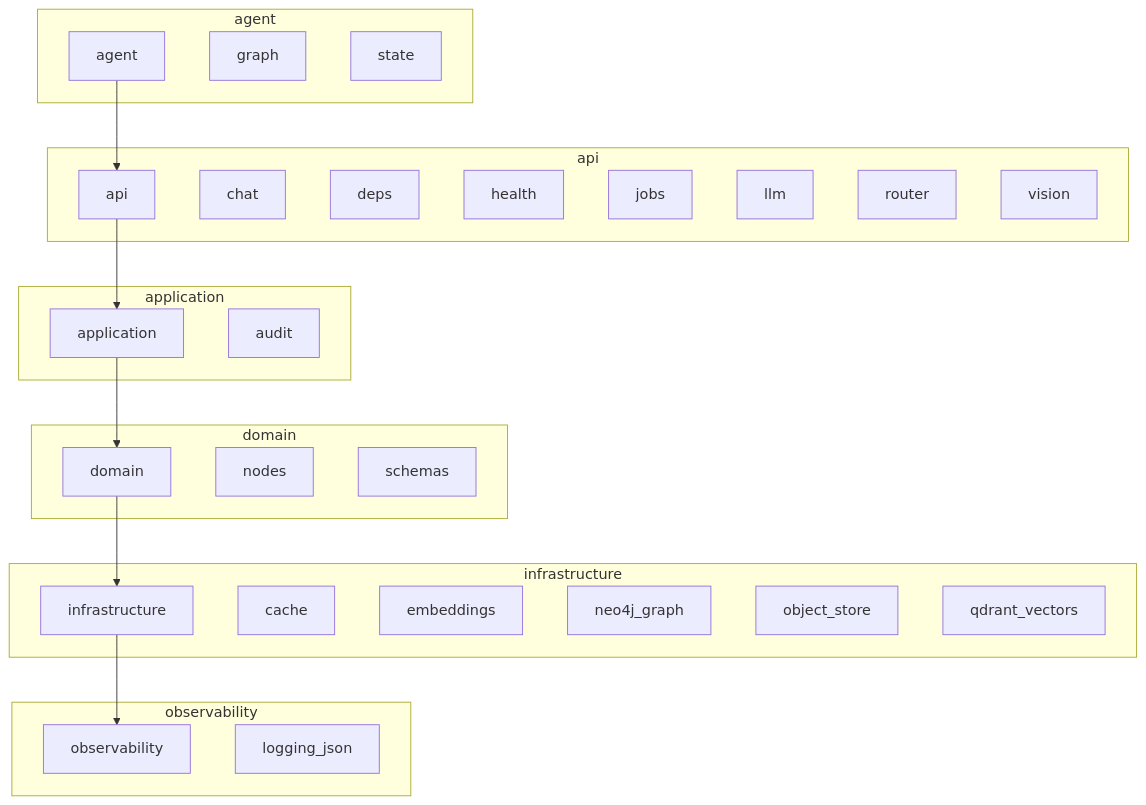
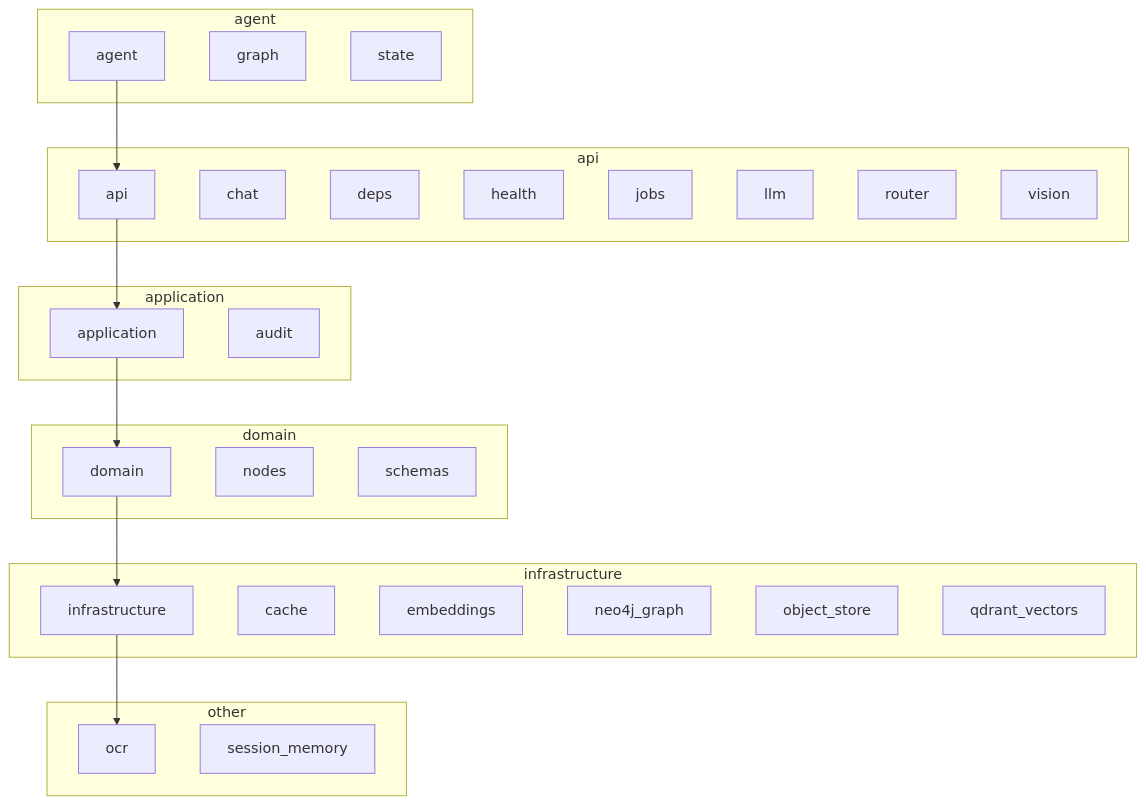
Before and after one commit to YuesIt17/yuit-docs-ai-architect-platform: the diagram in architecture/diagrams/sources/gen/python-packages.mmd, drawn with Mermaid. The commit also changed 23 other files, not shown here.

First line of the commit message:
fix: make the diagrams workflow pass and refresh the diagrams

```diff
--- a/architecture/diagrams/sources/gen/python-packages.mmd
+++ b/architecture/diagrams/sources/gen/python-packages.mmd
@@ -1,44 +1,44 @@
 %% converted: classDiagram -> layered flowchart for editor preview
 %% note: flat sibling subgraphs; node hubs (Cursor-safe)
 flowchart TB
   subgraph layer_agent [agent]
     agent[agent]
     n_graph[graph]
     state[state]
   end
   subgraph layer_api [api]
     api[api]
     chat[chat]
     deps[deps]
     health[health]
     jobs[jobs]
     llm[llm]
     router[router]
     vision[vision]
   end
   subgraph layer_app [application]
     application[application]
     audit[audit]
   end
   subgraph layer_domain [domain]
     domain[domain]
     nodes[nodes]
     schemas[schemas]
   end
   subgraph layer_infra [infrastructure]
     infrastructure[infrastructure]
     cache[cache]
     embeddings[embeddings]
     neo4j_graph[neo4j_graph]
     object_store[object_store]
     qdrant_vectors[qdrant_vectors]
   end
-  subgraph layer_obs [observability]
-    observability[observability]
-    logging_json[logging_json]
+  subgraph layer_other [other]
+    ocr[ocr]
+    session_memory[session_memory]
   end
   agent --> api
   api --> application
   application --> domain
   domain --> infrastructure
-  infrastructure --> observability
+  infrastructure --> ocr
```
